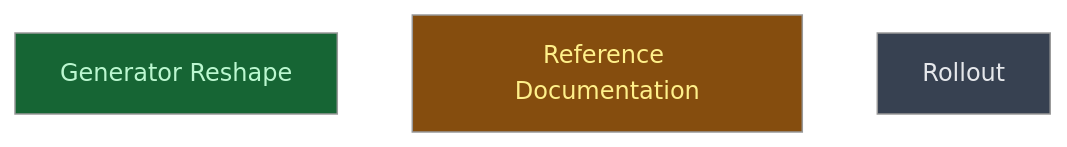
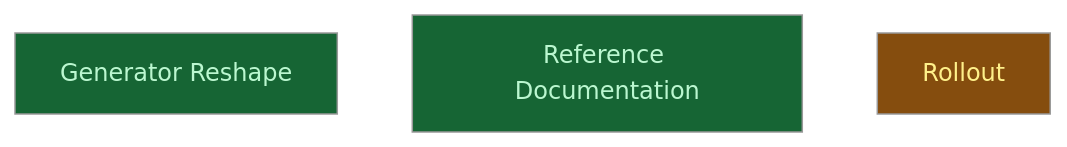
Before and after one commit to CrackingShells/cracking-shells-playbook: the diagram in __roadmap__/agent_plugin_nest/generator/README.md, drawn with Mermaid (neutral theme). The commit also changed other lines of this file and 1 other file, not shown here.

````diff
--- a/__roadmap__/agent_plugin_nest/generator/README.md
+++ b/__roadmap__/agent_plugin_nest/generator/README.md
@@ -23,11 +23,11 @@
 ```mermaid
 graph TD
     generator_reshape[Generator Reshape]:::done
-    reference_docs[Reference Documentation]:::inprogress
-    rollout[Rollout]:::planned
+    reference_docs[Reference Documentation]:::done
+    rollout[Rollout]:::inprogress
     classDef done       fill:#166534,color:#bbf7d0
     classDef inprogress fill:#854d0e,color:#fef08a
     classDef planned    fill:#374151,color:#e5e7eb
     classDef amendment  fill:#1e3a5f,color:#bfdbfe
     classDef blocked    fill:#7f1d1d,color:#fecaca
 ```
````
